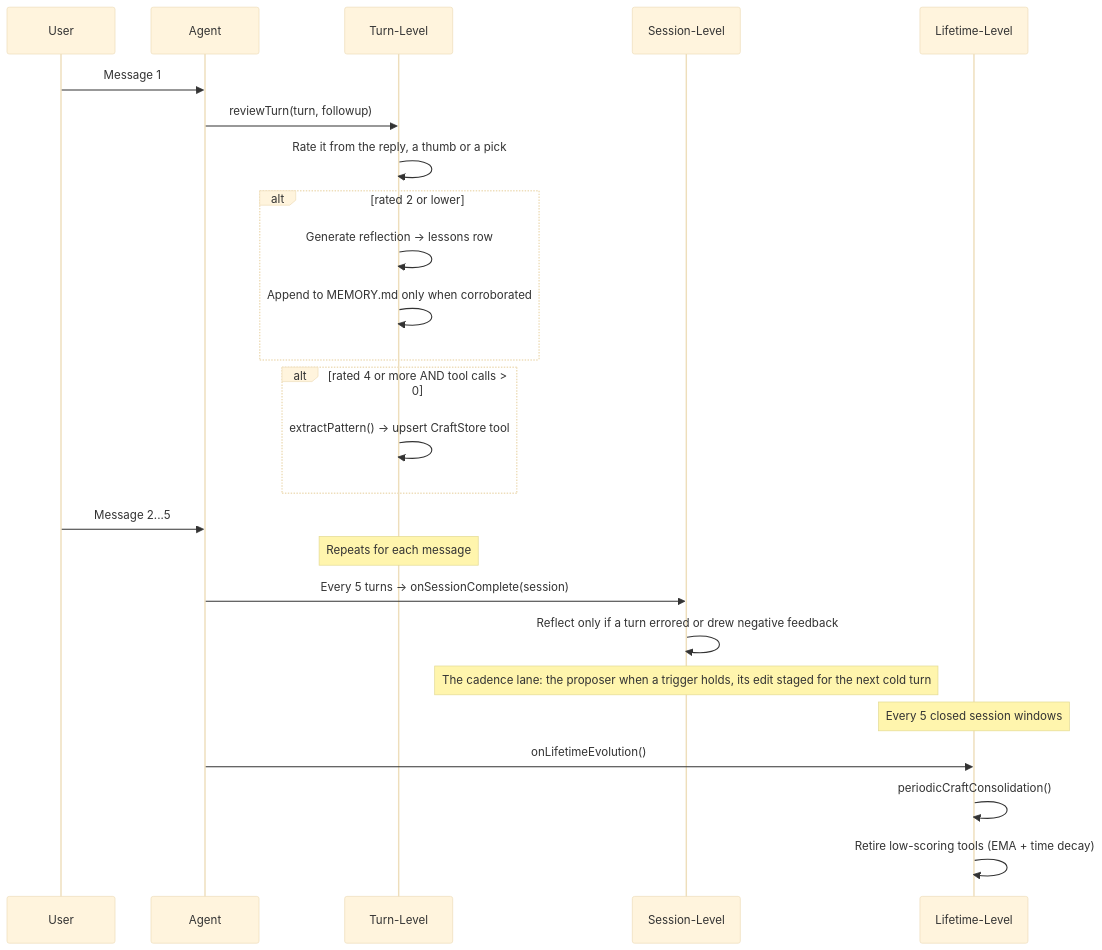
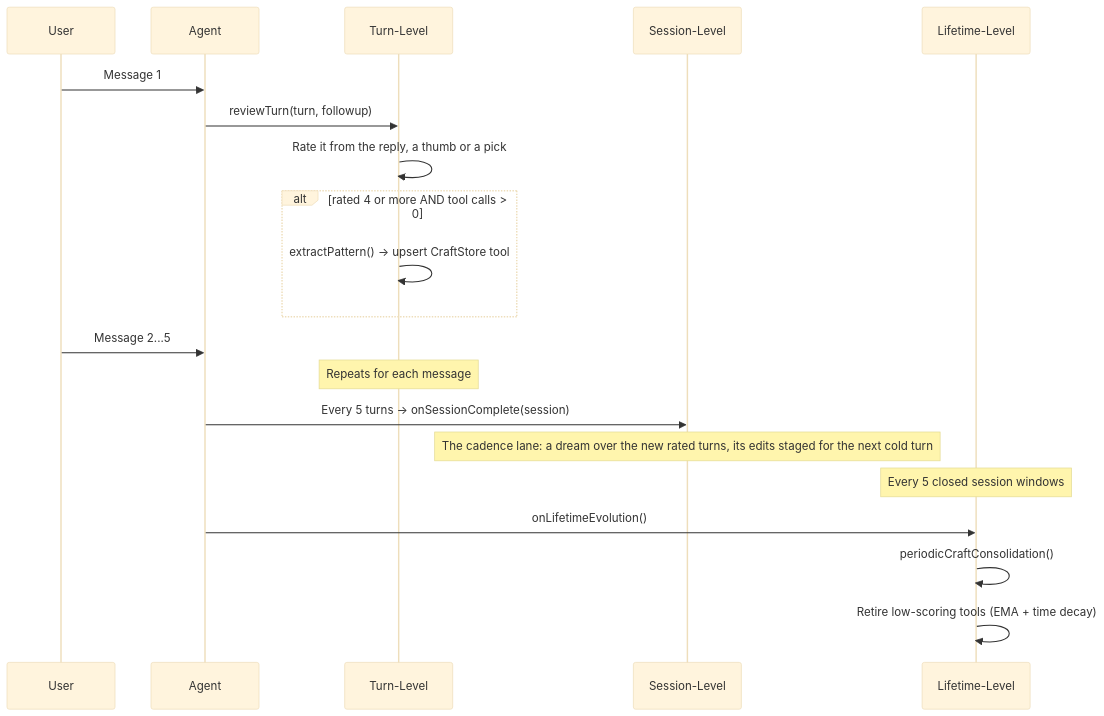
The first of 2 diagrams in docs/EVOLUTION.md (AshishKumar4/kinu), drawn with Mermaid (base theme) before and after one commit. The commit also changed other lines of this file and 34 other files, not shown here.

````diff
--- a/docs/EVOLUTION.md
+++ b/docs/EVOLUTION.md
@@ -33,31 +33,26 @@
 ```mermaid
 sequenceDiagram
     participant User
     participant Agent
     participant Turn as Turn-Level
     participant Session as Session-Level
     participant Lifetime as Lifetime-Level
 
     User->>Agent: Message 1
     Agent->>Turn: reviewTurn(turn, followup)
     Turn->>Turn: Rate it from the reply, a thumb or a pick
-    alt rated 2 or lower
-        Turn->>Turn: Generate reflection → lessons row
-        Turn->>Turn: Append to MEMORY.md only when corroborated
-    end
     alt rated 4 or more AND tool calls > 0
         Turn->>Turn: extractPattern() → upsert CraftStore tool
     end
 
     User->>Agent: Message 2...5
     Note over Turn: Repeats for each message
 
     Agent->>Session: Every 5 turns → onSessionComplete(session)
-    Session->>Session: Reflect only if a turn errored or drew negative feedback
-    Note over Session: The cadence lane: the proposer when a trigger holds, its edit staged for the next cold turn
+    Note over Session: The cadence lane: a dream over the new rated turns, its edits staged for the next cold turn
 
     Note over Lifetime: Every 5 closed session windows
     Agent->>Lifetime: onLifetimeEvolution()
     Lifetime->>Lifetime: periodicCraftConsolidation()
     Lifetime->>Lifetime: Retire low-scoring tools (EMA + time decay)
 ```
````
